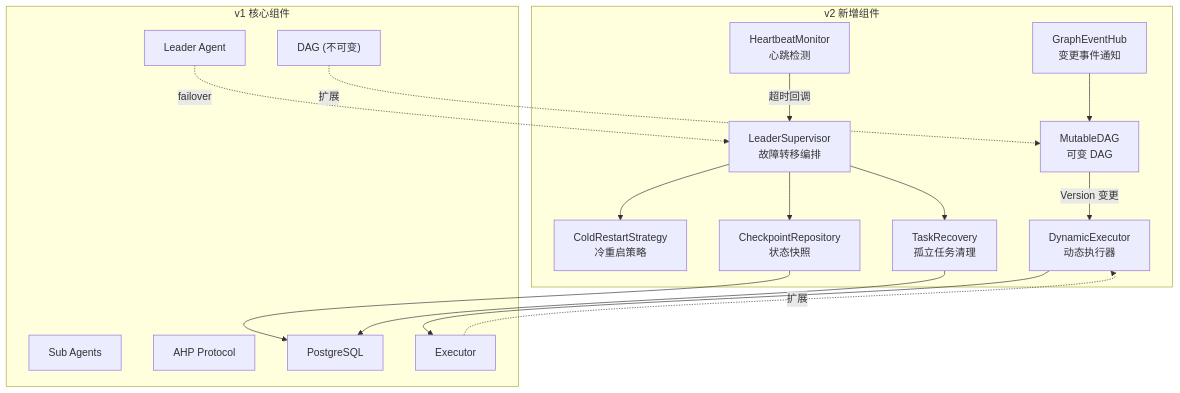
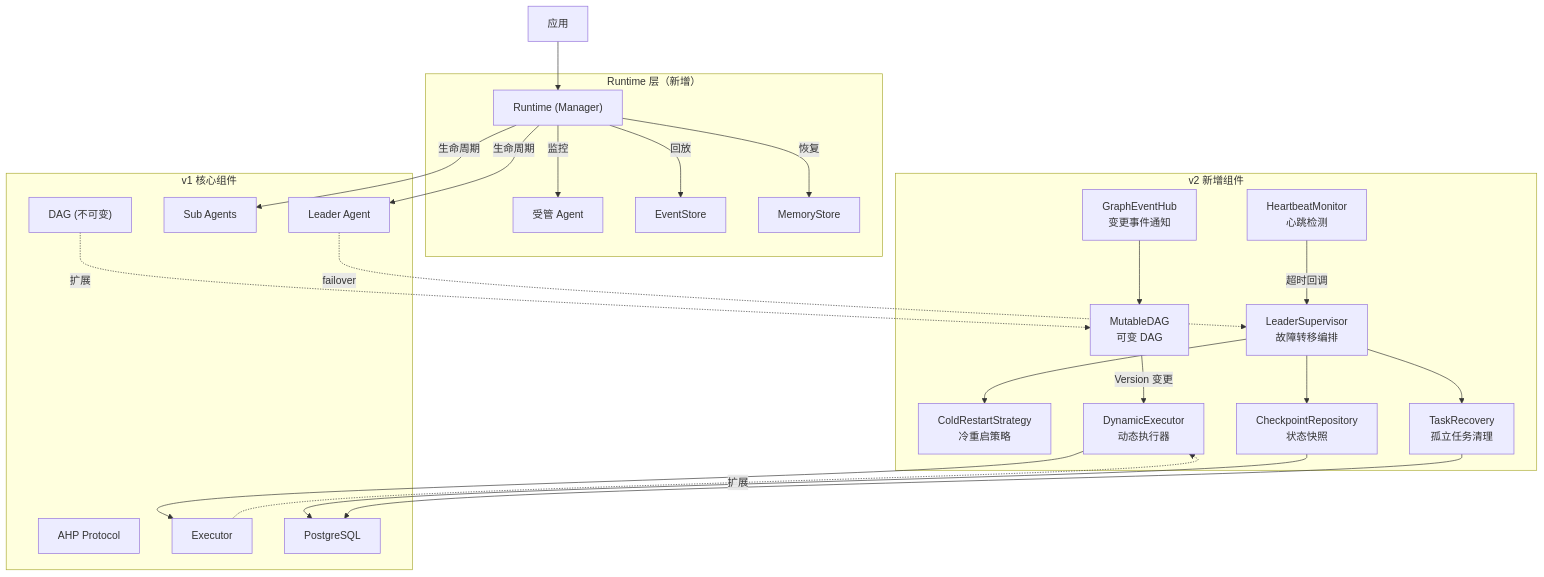
The second of 6 diagrams in docs/zh/architecture/v2-architecture.md (Timwood0x10/ARES), drawn with Mermaid before and after one commit. The commit also changed other lines of this file and 117 other files, not shown here.

````diff
--- a/docs/zh/architecture/v2-architecture.md
+++ b/docs/zh/architecture/v2-architecture.md
@@ -33,37 +33,49 @@
 ```mermaid
 graph TB
+    App["应用"] --> RT
+
+    subgraph RuntimeLayer["Runtime 层（新增）"]
+        RT["Runtime (Manager)"]
+        RT -->|"监控"| Agents["受管 Agent"]
+        RT -->|"回放"| ES["EventStore"]
+        RT -->|"恢复"| MM["MemoryStore"]
+    end
+
     subgraph v2Additions["v2 新增组件"]
         HB["HeartbeatMonitor<br/>心跳检测"]
         LS["LeaderSupervisor<br/>故障转移编排"]
         CR["ColdRestartStrategy<br/>冷重启策略"]
         CP["CheckpointRepository<br/>状态快照"]
         TR["TaskRecovery<br/>孤立任务清理"]
         MDAG["MutableDAG<br/>可变 DAG"]
         DE["DynamicExecutor<br/>动态执行器"]
         GEH["GraphEventHub<br/>变更事件通知"]
     end
 
     subgraph v1Core["v1 核心组件"]
         Leader["Leader Agent"]
         SubAgents["Sub Agents"]
         AHP["AHP Protocol"]
         DAG["DAG (不可变)"]
         Executor["Executor"]
         PG["PostgreSQL"]
     end
 
+    RT -->|"生命周期"| Leader
+    RT -->|"生命周期"| SubAgents
+
     HB -->|"超时回调"| LS
     LS --> CR
     LS --> CP
     LS --> TR
     CP --> PG
     TR --> PG
 
     MDAG -->|"Version 变更"| DE
     GEH --> MDAG
     DE --> Executor
 
     Leader -.->|"failover"| LS
     DAG -.->|"扩展"| MDAG
     Executor -.->|"扩展"| DE
 ```
````
